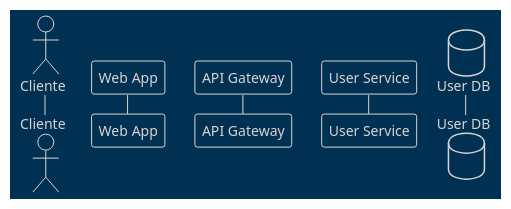
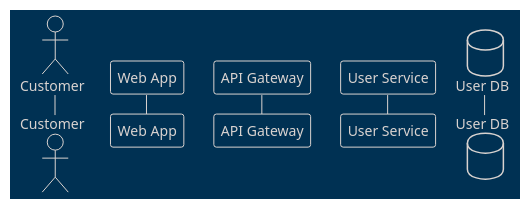
One commit to Seniorsimo/sas-template changed the eighth of 32 diagrams in 03-behavioral-diagrams/sequence-diagrams/README.md. Above: the diagram before and after it, drawn with PlantUML. The commit also changed other lines of this file and 49 other files, not shown here.

````diff
--- a/03-behavioral-diagrams/sequence-diagrams/README.md
+++ b/03-behavioral-diagrams/sequence-diagrams/README.md
@@ -84,11 +84,11 @@
 ```plantuml
 @startuml
 !theme blueprint
 
-actor "Cliente" as C
+actor "Customer" as C
 participant "Web App" as W
 participant "API Gateway" as G
 participant "User Service" as U
 database "User DB" as DB
 @enduml
 ```
````
